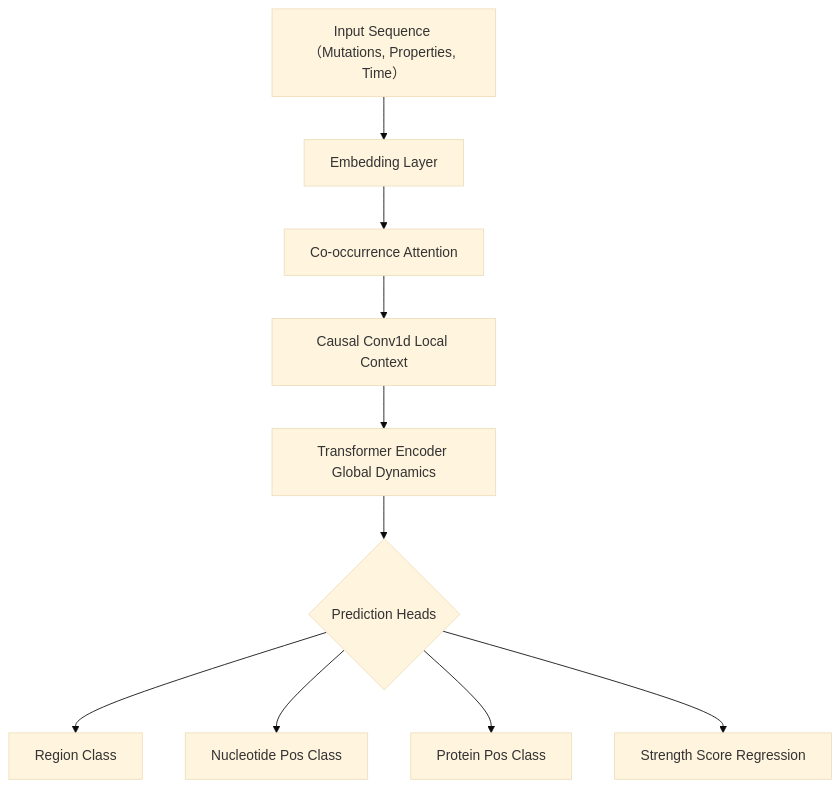
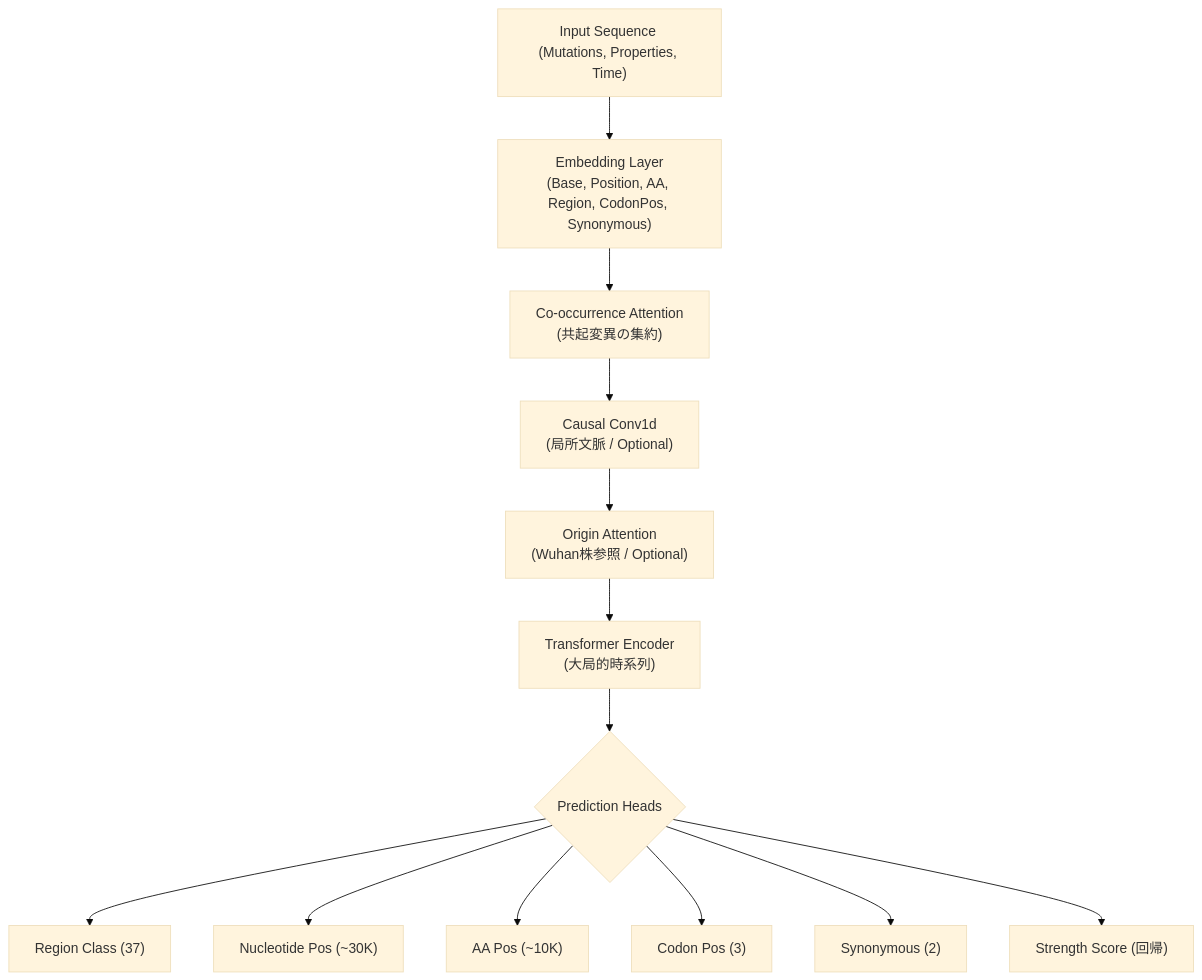
Before and after one commit to take4ff/gmp: the diagram in README.md, drawn with Mermaid (base theme). The commit also changed other lines of this file and 38 other files, not shown here.

Commit message:
feat: implement transformer evaluation pipeline and project structure for mutation prediction

````diff
--- a/README.md
+++ b/README.md
@@ -41,12 +62,15 @@
 ```mermaid
 graph TD
-    Input[Input Sequence （Mutations, Properties, Time）] --> Embed[Embedding Layer]
-    Embed --> CoAttn[Co-occurrence Attention]
-    CoAttn --> Conv[Causal Conv1d Local Context]
-    Conv --> Transformer[Transformer Encoder Global Dynamics]
-    Transformer --> Heads{Prediction Heads}
-    Heads --> Out1[Region Class]
-    Heads --> Out2[Nucleotide Pos Class]
-    Heads --> Out3[Protein Pos Class]
-    Heads --> Out4[Strength Score Regression]
+    Input["Input Sequence (Mutations, Properties, Time)"] --> Embed["Embedding Layer\n(Base, Position, AA, Region, CodonPos, Synonymous)"]
+    Embed --> CoAttn["Co-occurrence Attention\n(共起変異の集約)"]
+    CoAttn --> Conv["Causal Conv1d\n(局所文脈 / Optional)"]
+    Conv --> OriAttn["Origin Attention\n(Wuhan株参照 / Optional)"]
+    OriAttn --> Transformer["Transformer Encoder\n(大局的時系列)"]
+    Transformer --> Heads{"Prediction Heads"}
+    Heads --> Out1["Region Class (37)"]
+    Heads --> Out2["Nucleotide Pos (~30K)"]
+    Heads --> Out3["AA Pos (~10K)"]
+    Heads --> Out4["Codon Pos (3)"]
+    Heads --> Out5["Synonymous (2)"]
+    Heads --> Out6["Strength Score (回帰)"]
 ```
````
